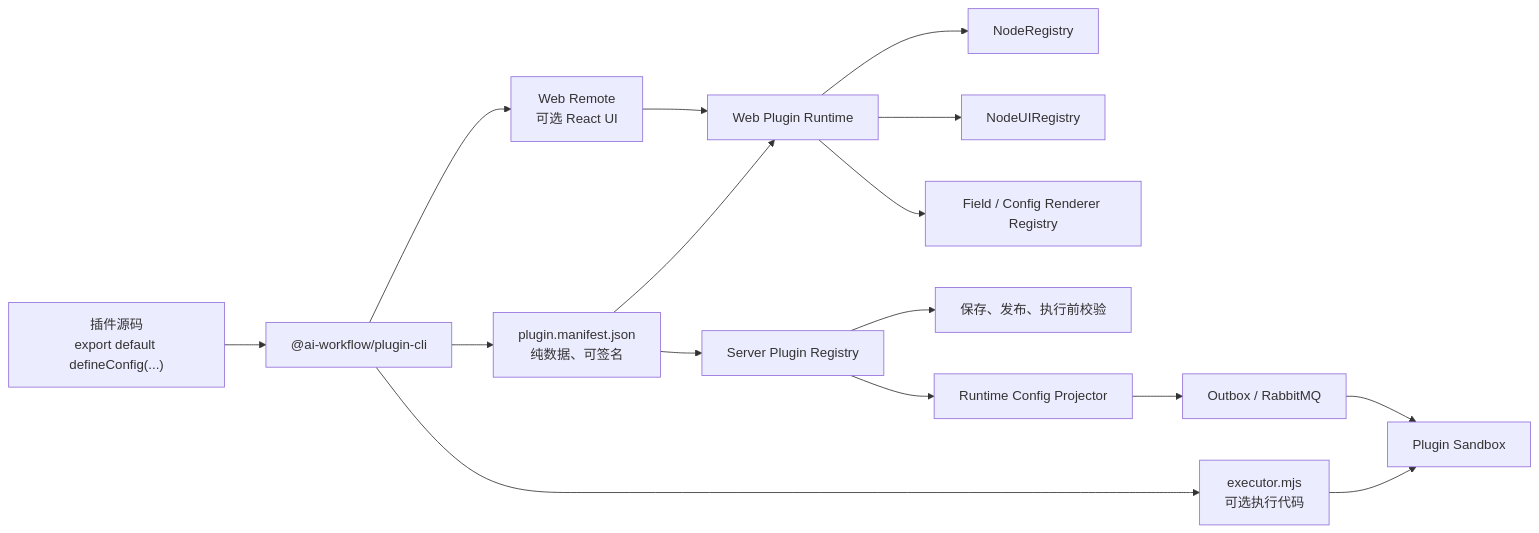
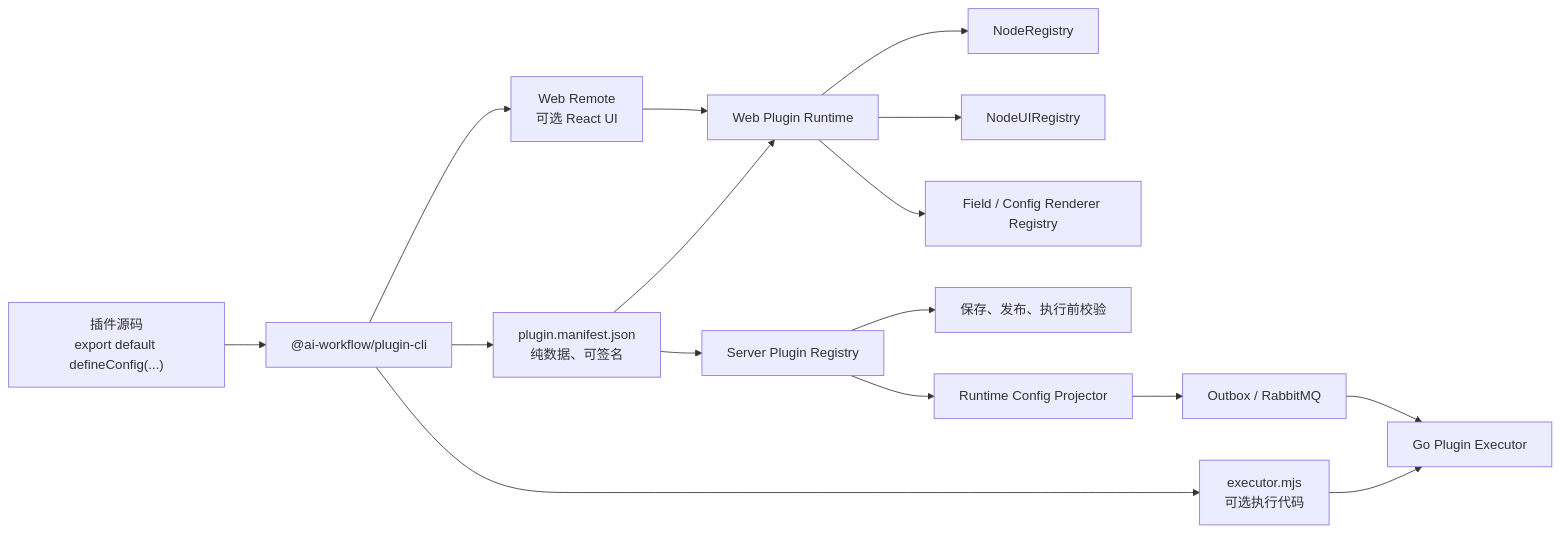
Before and after one commit to xiaotianna/ai-workflow: the diagram in docs/plugin-development-architecture.md, drawn with Mermaid. The commit also changed other lines of this file and 88 other files, not shown here.

````diff
--- a/docs/plugin-development-architecture.md
+++ b/docs/plugin-development-architecture.md
@@ -90,27 +90,27 @@
 ```mermaid
 flowchart LR
   Source["插件源码<br/>export default defineConfig(...)"]
   CLI["@ai-workflow/plugin-cli"]
   Manifest["plugin.manifest.json<br/>纯数据、可签名"]
   WebRemote["Web Remote<br/>可选 React UI"]
   ExecutorBundle["executor.mjs<br/>可选执行代码"]
 
   Source --> CLI
   CLI --> Manifest
   CLI --> WebRemote
   CLI --> ExecutorBundle
 
   Manifest --> WebRuntime["Web Plugin Runtime"]
   Manifest --> ServerRegistry["Server Plugin Registry"]
   WebRemote --> WebRuntime
-  ExecutorBundle --> Sandbox["Plugin Sandbox"]
+  ExecutorBundle --> PluginExecutor["Go Plugin Executor"]
 
   WebRuntime --> CoreRegistry["NodeRegistry"]
   WebRuntime --> UIRegistry["NodeUIRegistry"]
   WebRuntime --> FormRegistry["Field / Config Renderer Registry"]
 
   ServerRegistry --> Validation["保存、发布、执行前校验"]
   ServerRegistry --> Runtime["Runtime Config Projector"]
   Runtime --> Queue["Outbox / RabbitMQ"]
-  Queue --> Sandbox
+  Queue --> PluginExecutor
 ```
````
